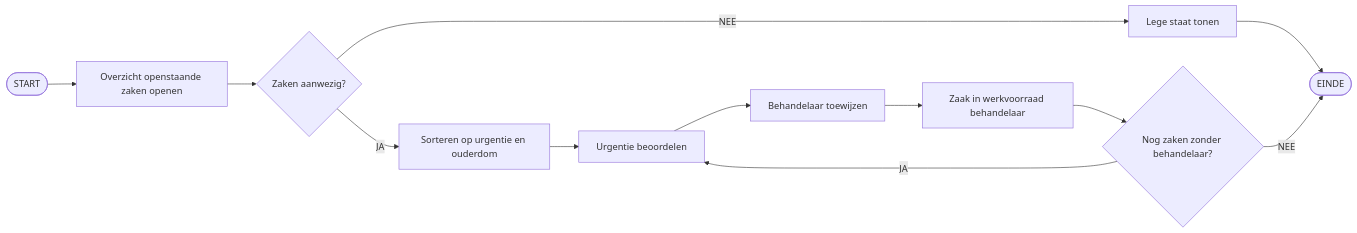
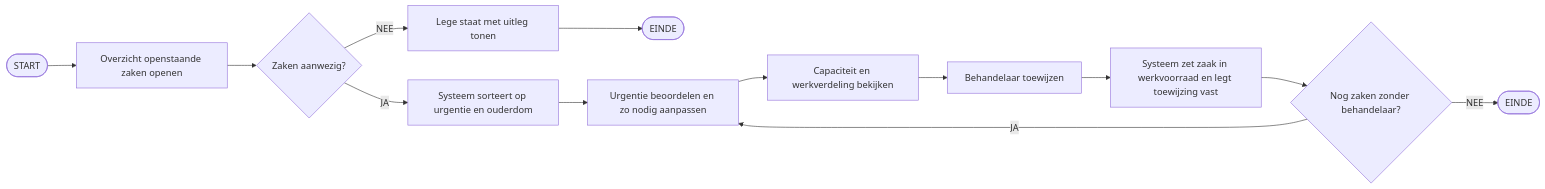
One commit to VoyageVista1/GroepInkoop changed the fifth of 13 diagrams in docs/ontwerp/use-cases-klantenservice.md. Above: the diagram before and after it, drawn with Mermaid. The commit also changed other lines of this file and 3 other files, not shown here.

````diff
--- a/docs/ontwerp/use-cases-klantenservice.md
+++ b/docs/ontwerp/use-cases-klantenservice.md
@@ -171,8 +359,27 @@
 ```mermaid
 flowchart LR
-    S(["START"]) --> A["Overzicht openstaande zaken openen"] --> B{"Zaken aanwezig?"}
-    B -- "NEE" --> C["Lege staat tonen"] --> Z(["EINDE"])
-    B -- "JA" --> D["Sorteren op urgentie en ouderdom"] --> E["Urgentie beoordelen"] --> F["Behandelaar toewijzen"] --> G["Zaak in werkvoorraad behandelaar"] --> H{"Nog zaken zonder behandelaar?"}
-    H -- "JA" --> E
-    H -- "NEE" --> Z
+    N0(["START"])
+    N1["Overzicht openstaande zaken openen"]
+    N2{"Zaken aanwezig?"}
+    N3["Lege staat met uitleg tonen"]
+    N4(["EINDE"])
+    N5["Systeem sorteert op urgentie en ouderdom"]
+    N6["Urgentie beoordelen en zo nodig aanpassen"]
+    N7["Capaciteit en werkverdeling bekijken"]
+    N8["Behandelaar toewijzen"]
+    N9["Systeem zet zaak in werkvoorraad en legt toewijzing vast"]
+    N10{"Nog zaken zonder behandelaar?"}
+    N11(["EINDE"])
+    N0 --> N1
+    N1 --> N2
+    N2 -- "NEE" --> N3
+    N3 --> N4
+    N2 -- "JA" --> N5
+    N5 --> N6
+    N6 --> N7
+    N7 --> N8
+    N8 --> N9
+    N10 -- "JA" --> N6
+    N9 --> N10
+    N10 -- "NEE" --> N11
 ```
````
